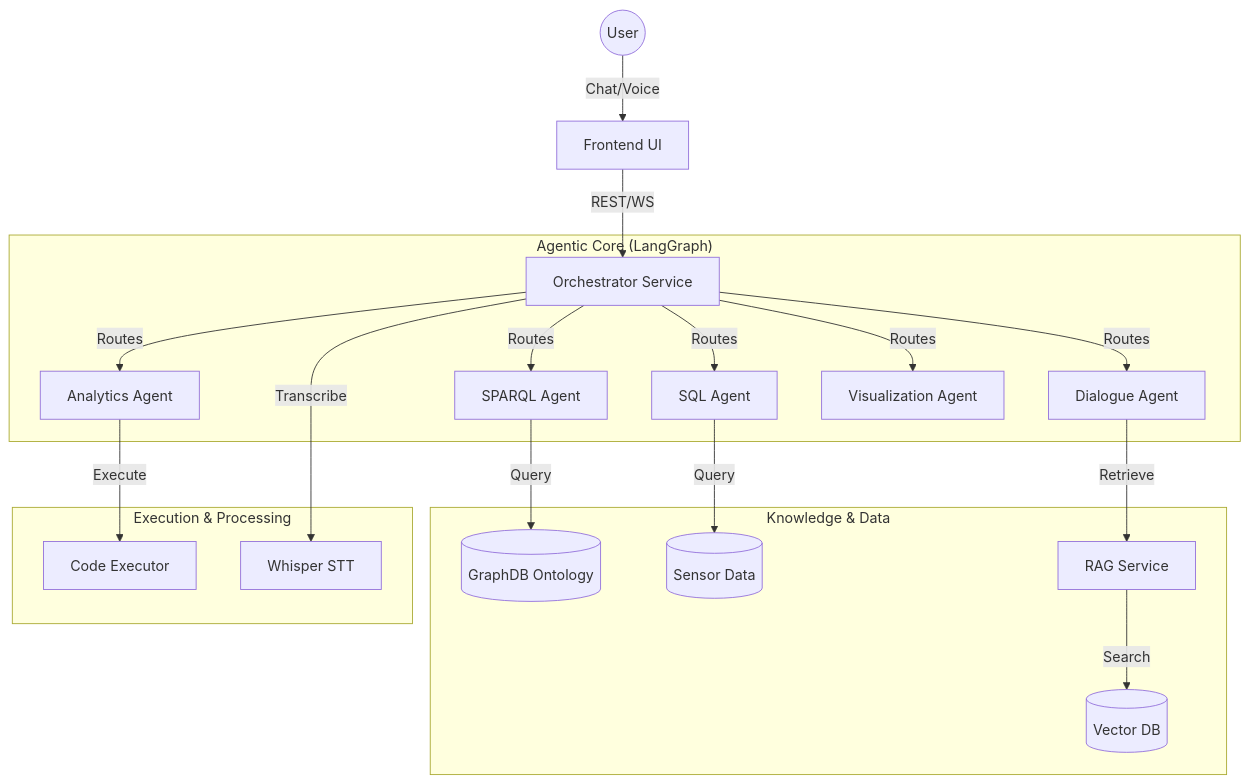
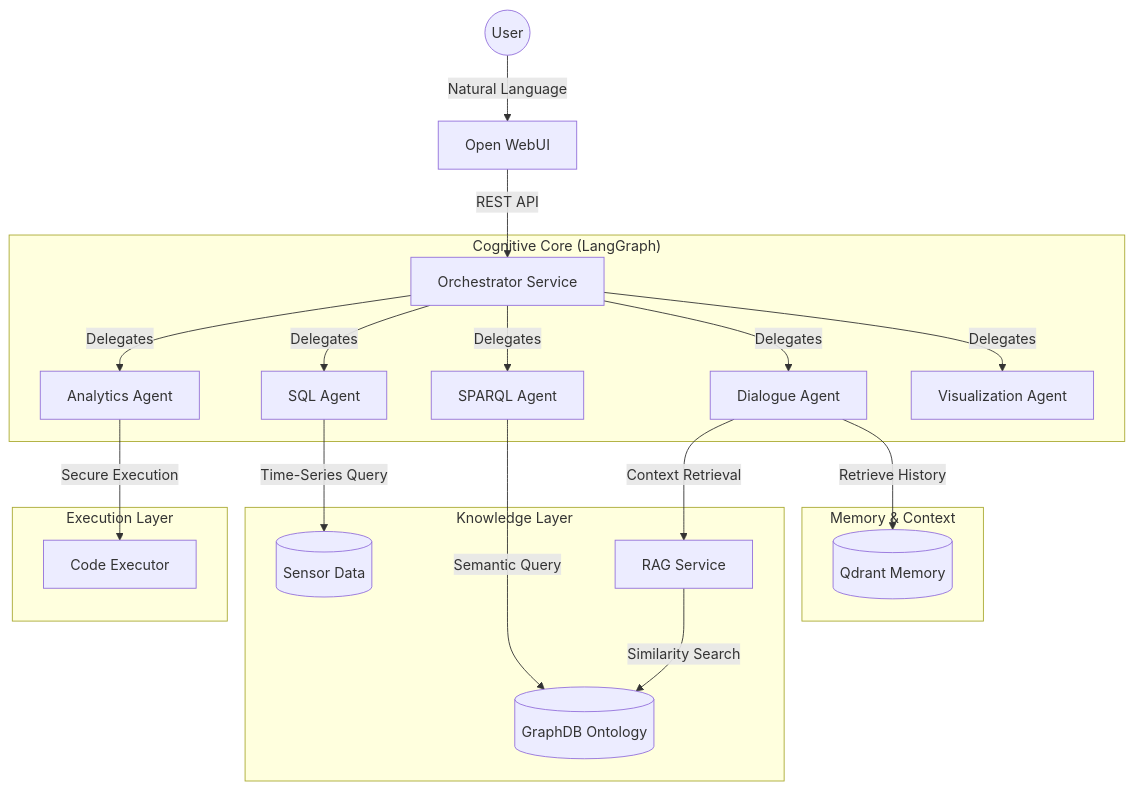
One commit to suhasdevmane/OntoSage changed the diagram in README.md. Above: the diagram before and after it, drawn with Mermaid. The commit also changed other lines of this file and 40 other files, not shown here.

````diff
--- a/README.md
+++ b/README.md
@@ -32,25 +39,28 @@
 ```mermaid
 graph TD
-    User((User)) -->|Chat/Voice| Frontend[Frontend UI]
-    Frontend -->|REST/WS| Orchestrator[Orchestrator Service]
+    User((User)) -->|Natural Language| OpenWebUI[Open WebUI]
+    OpenWebUI -->|REST API| Orchestrator[Orchestrator Service]
     
-    subgraph "Agentic Core (LangGraph)"
-        Orchestrator -->|Routes| Dialogue[Dialogue Agent]
-        Orchestrator -->|Routes| SPARQL[SPARQL Agent]
-        Orchestrator -->|Routes| SQL[SQL Agent]
-        Orchestrator -->|Routes| Analytics[Analytics Agent]
-        Orchestrator -->|Routes| Vis[Visualization Agent]
+    subgraph "Cognitive Core (LangGraph)"
+        Orchestrator -->|Delegates| Dialogue[Dialogue Agent]
+        Orchestrator -->|Delegates| SPARQL[SPARQL Agent]
+        Orchestrator -->|Delegates| SQL[SQL Agent]
+        Orchestrator -->|Delegates| Analytics[Analytics Agent]
+        Orchestrator -->|Delegates| Vis[Visualization Agent]
     end
     
-    subgraph "Knowledge & Data"
-        SPARQL -->|Query| GraphDB[(GraphDB Ontology)]
-        SQL -->|Query| MySQL[(Sensor Data)]
-        Dialogue -->|Retrieve| RAG[RAG Service]
-        RAG -->|Search| Qdrant[(Vector DB)]
+    subgraph "Memory & Context"
+        Dialogue -->|Retrieve History| Qdrant[(Qdrant Memory)]
+    end
+
+    subgraph "Knowledge Layer"
+        SPARQL -->|Semantic Query| GraphDB[(GraphDB Ontology)]
+        SQL -->|Time-Series Query| MySQL[(Sensor Data)]
+        Dialogue -->|Context Retrieval| RAG[RAG Service]
+        RAG -->|Similarity Search| GraphDB
     end
     
-    subgraph "Execution & Processing"
-        Analytics -->|Execute| Sandbox[Code Executor]
-        Orchestrator -->|Transcribe| Whisper[Whisper STT]
+    subgraph "Execution Layer"
+        Analytics -->|Secure Execution| Sandbox[Code Executor]
     end
 ```
````
